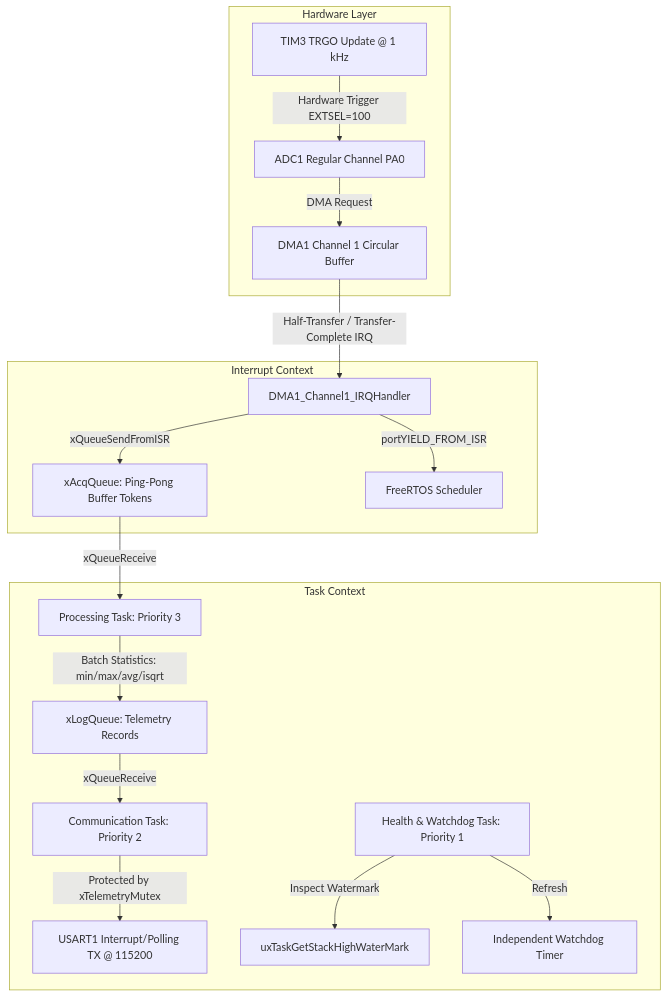
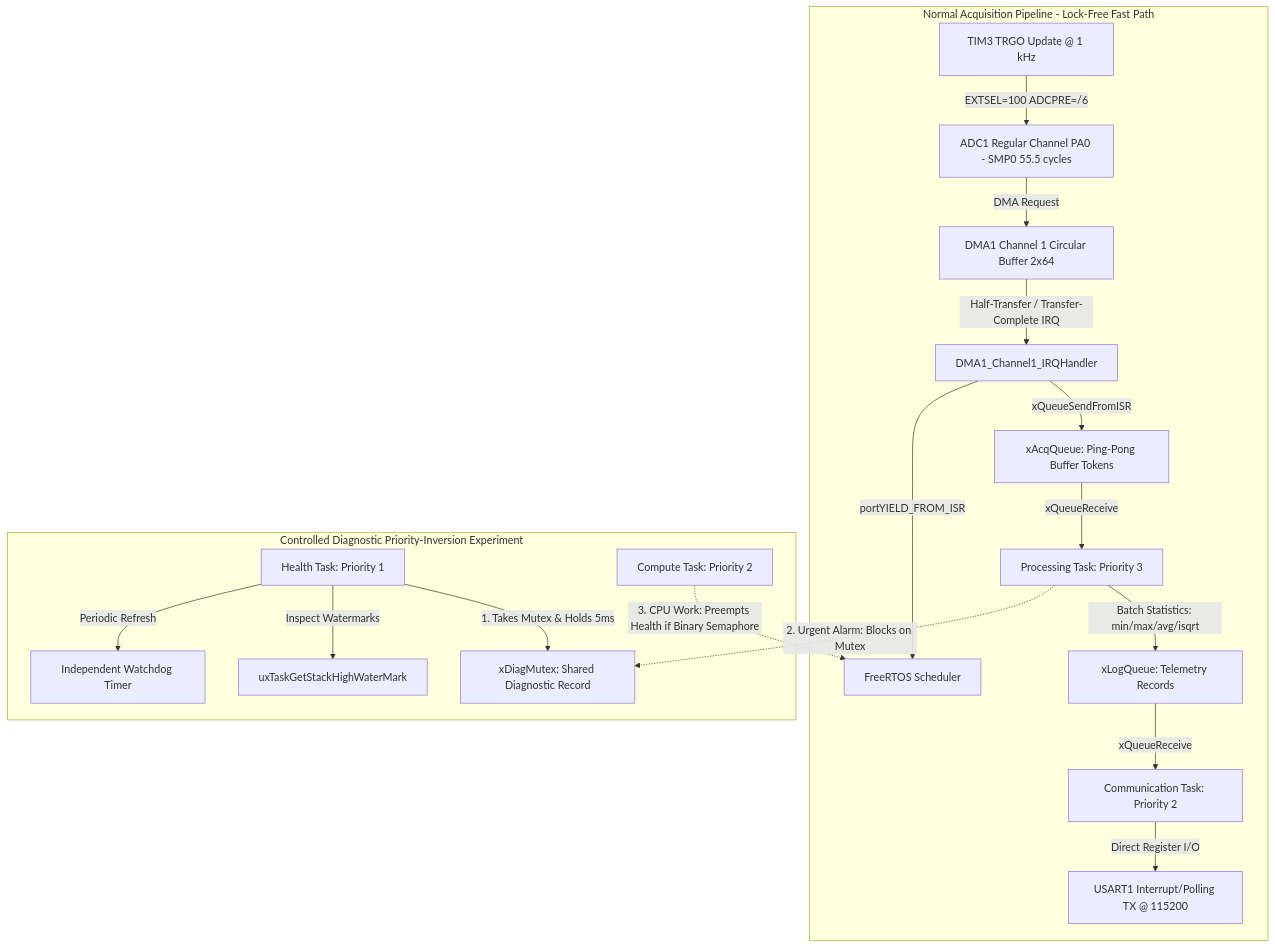
Before and after one commit to CN-JJB/embed-system: the fourth of 5 diagrams in research/phase-2/2026-09-03-stm32-freertos-curriculum-design.md, drawn with Mermaid. The commit also changed other lines of this file and 1 other file, not shown here.

Commit message:
review: address Leader Rework #2 ADC, priority inversion, and runtime contracts

````diff
--- a/research/phase-2/2026-09-03-stm32-freertos-curriculum-design.md
+++ b/research/phase-2/2026-09-03-stm32-freertos-curriculum-design.md
@@ -778,23 +815,22 @@
 ```mermaid
 graph TD
-    subgraph Hardware Layer
-        TIMER[TIM3 TRGO Update @ 1 kHz] -->|Hardware Trigger EXTSEL=100| ADC[ADC1 Regular Channel PA0]
-        ADC -->|DMA Request| DMA[DMA1 Channel 1 Circular Buffer]
-    end
-
-    subgraph Interrupt Context
+    subgraph Normal Acquisition Pipeline - Lock-Free Fast Path
+        TIMER[TIM3 TRGO Update @ 1 kHz] -->|EXTSEL=100 ADCPRE=/6| ADC[ADC1 Regular Channel PA0 - SMP0 55.5 cycles]
+        ADC -->|DMA Request| DMA[DMA1 Channel 1 Circular Buffer 2x64]
         DMA -->|Half-Transfer / Transfer-Complete IRQ| ISR[DMA1_Channel1_IRQHandler]
         ISR -->|xQueueSendFromISR| ACQ_Q[xAcqQueue: Ping-Pong Buffer Tokens]
         ISR -->|portYIELD_FROM_ISR| SCHED[FreeRTOS Scheduler]
-    end
-
-    subgraph Task Context
         ACQ_Q -->|xQueueReceive| TASK_PROC[Processing Task: Priority 3]
         TASK_PROC -->|Batch Statistics: min/max/avg/isqrt| LOG_Q[xLogQueue: Telemetry Records]
         LOG_Q -->|xQueueReceive| TASK_COMM[Communication Task: Priority 2]
-        TASK_COMM -->|Protected by xTelemetryMutex| USART[USART1 Interrupt/Polling TX @ 115200]
-        
-        TASK_HEALTH[Health & Watchdog Task: Priority 1] -->|Inspect Watermark| WATERMARK[uxTaskGetStackHighWaterMark]
-        TASK_HEALTH -->|Refresh| IWDG[Independent Watchdog Timer]
+        TASK_COMM -->|Direct Register I/O| USART[USART1 Interrupt/Polling TX @ 115200]
+    end
+
+    subgraph Controlled Diagnostic Priority-Inversion Experiment
+        TASK_HEALTH[Health Task: Priority 1] -->|1. Takes Mutex & Holds 5ms| DIAG_MUTEX[xDiagMutex: Shared Diagnostic Record]
+        TASK_PROC -.->|2. Urgent Alarm: Blocks on Mutex| DIAG_MUTEX
+        TASK_COMPUTE[Compute Task: Priority 2] -.->|3. CPU Work: Preempts Health if Binary Semaphore| SCHED
+        TASK_HEALTH -->|Inspect Watermarks| WATERMARK[uxTaskGetStackHighWaterMark]
+        TASK_HEALTH -->|Periodic Refresh| IWDG[Independent Watchdog Timer]
     end
 ```
````
